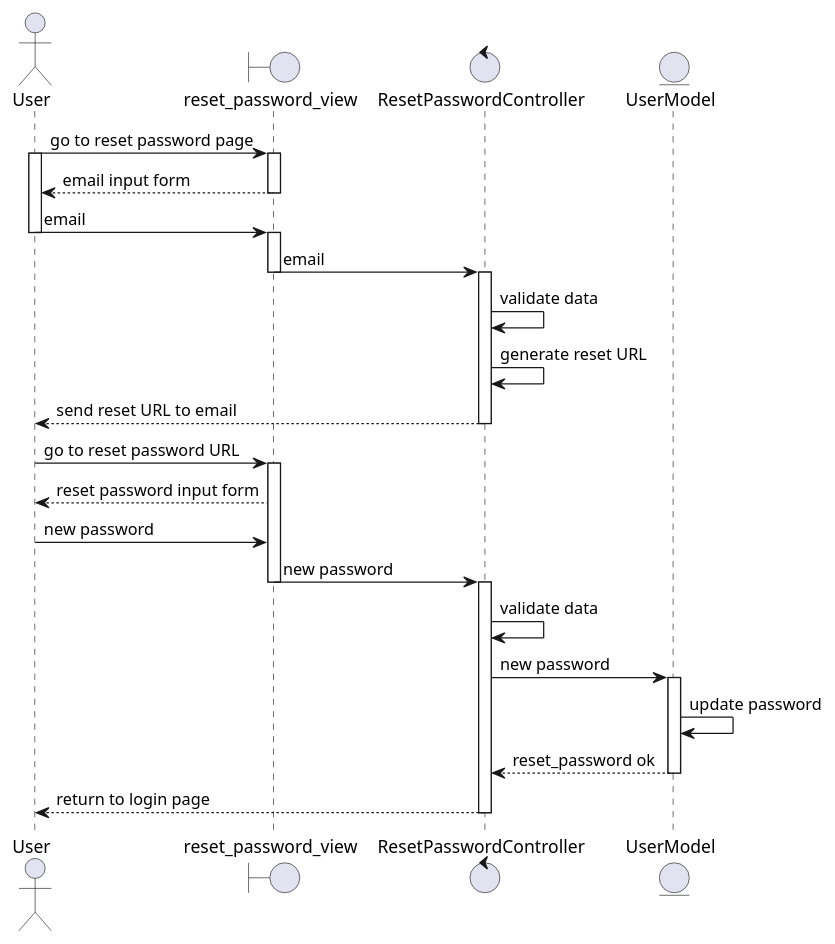
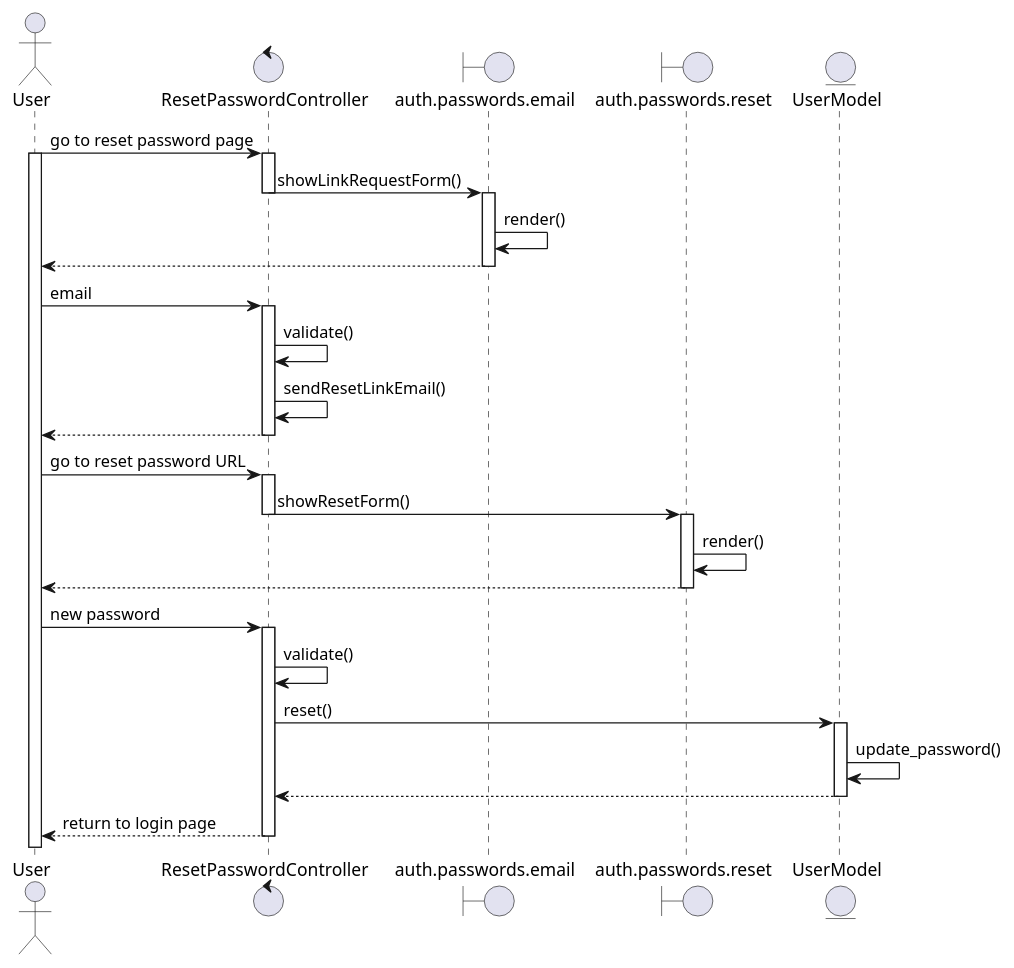
Before and after one commit to tuanlvse294/CHome: the diagram in documentss/auth/reset_pass.puml, drawn with PlantUML. The commit also changed 2 other files, not shown here.

```diff
--- a/documentss/auth/reset_pass.puml
+++ b/documentss/auth/reset_pass.puml
@@ -1,38 +1,43 @@
 @startuml
 actor User
-boundary reset_password_view
 control ResetPasswordController
+boundary auth.passwords.email
+boundary auth.passwords.reset
 entity UserModel
 
-User -> reset_password_view : go to reset password page
+User -> ResetPasswordController : go to reset password page
 activate User
-activate reset_password_view
-reset_password_view --> User : email input form
-deactivate reset_password_view
-User -> reset_password_view : email
-deactivate User
-activate reset_password_view
-reset_password_view -> ResetPasswordController: email
-deactivate reset_password_view
 activate ResetPasswordController
-ResetPasswordController -> ResetPasswordController : validate data
-ResetPasswordController -> ResetPasswordController : generate reset URL
-ResetPasswordController --> User : send reset URL to email
+ResetPasswordController->auth.passwords.email: showLinkRequestForm()
 deactivate ResetPasswordController
-User -> reset_password_view: go to reset password URL
-activate reset_password_view
-reset_password_view --> User : reset password input form
-User -> reset_password_view : new password
-reset_password_view -> ResetPasswordController: new password
-deactivate reset_password_view
+activate auth.passwords.email
+auth.passwords.email -> auth.passwords.email:render()
+auth.passwords.email -->User
+deactivate auth.passwords.email
+User -> ResetPasswordController : email
 activate ResetPasswordController
-ResetPasswordController -> ResetPasswordController : validate data
-ResetPasswordController -> UserModel: new password
+ResetPasswordController ->ResetPasswordController:validate()
+ResetPasswordController -> ResetPasswordController:sendResetLinkEmail()
+ResetPasswordController -->User:
+deactivate ResetPasswordController
+
+User -> ResetPasswordController: go to reset password URL
+activate ResetPasswordController
+ResetPasswordController -> auth.passwords.reset:showResetForm()
+deactivate ResetPasswordController
+activate auth.passwords.reset
+auth.passwords.reset -> auth.passwords.reset:render()
+auth.passwords.reset --> User :
+deactivate auth.passwords.reset
+User -> ResetPasswordController: new password
+activate ResetPasswordController
+ResetPasswordController ->ResetPasswordController:validate()
+ResetPasswordController ->UserModel:reset()
 activate UserModel
-UserModel -> UserModel: update password
-UserModel --> ResetPasswordController : reset_password ok
+UserModel -> UserModel: update_password()
+UserModel --> ResetPasswordController :
 deactivate UserModel
 ResetPasswordController --> User: return to login page
 deactivate ResetPasswordController
 
 @enduml
```
